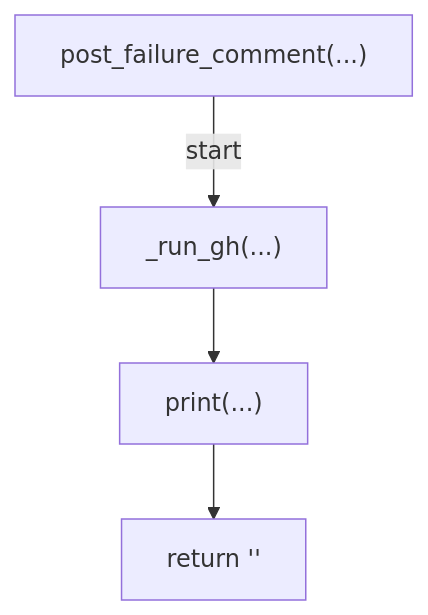
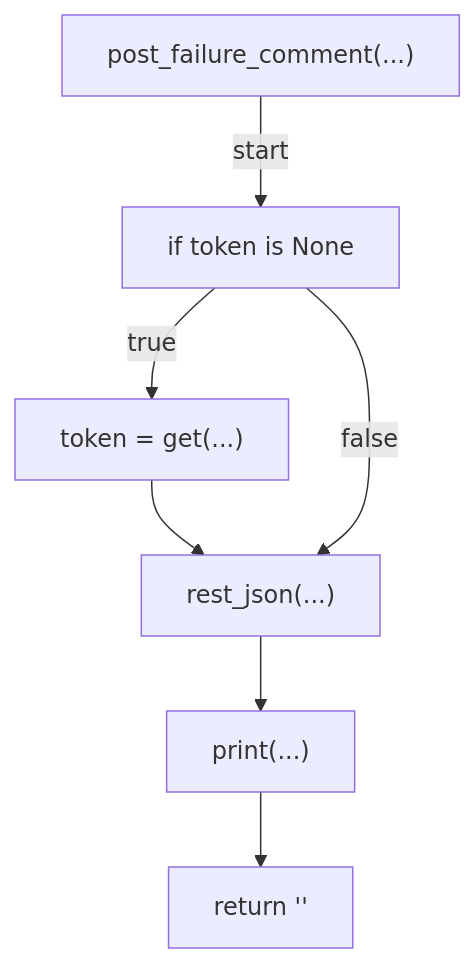
One commit to tvna/claude-md changed the fourth of 5 diagrams in docs/generated/scripts/ast/coverage_failure_issue.md. Above: the diagram before and after it, drawn with Mermaid. The commit also changed other lines of this file and 15 other files, not shown here.

First line of the commit message:
docs(generated): regenerate decision tree and workflow diagrams

````diff
--- a/docs/generated/scripts/ast/coverage_failure_issue.md
+++ b/docs/generated/scripts/ast/coverage_failure_issue.md
@@ -72,10 +56,15 @@
 ```mermaid
 flowchart TD
     N001["post_failure_comment(...)"]
-    N002["_run_gh(...)"]
-    N003["print(...)"]
-    N004["return '<str>'"]
+    N002["if token is None"]
+    N003["token = get(...)"]
+    N004["rest_json(...)"]
+    N005["print(...)"]
+    N006["return '<str>'"]
     N001 -->|"start"| N002
-    N002 --> N003
+    N002 -->|"true"| N003
     N003 --> N004
+    N002 -->|"false"| N004
+    N004 --> N005
+    N005 --> N006
 ```
````
